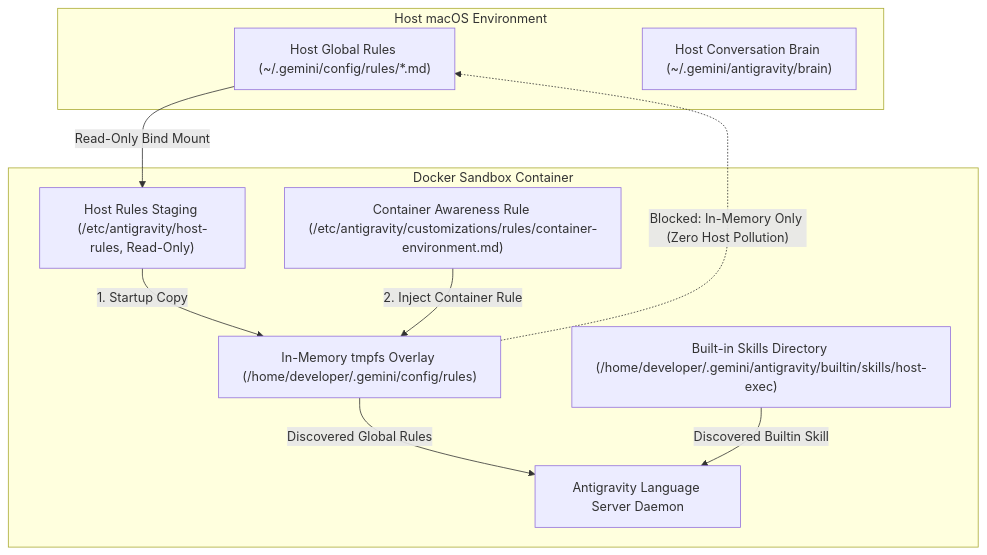
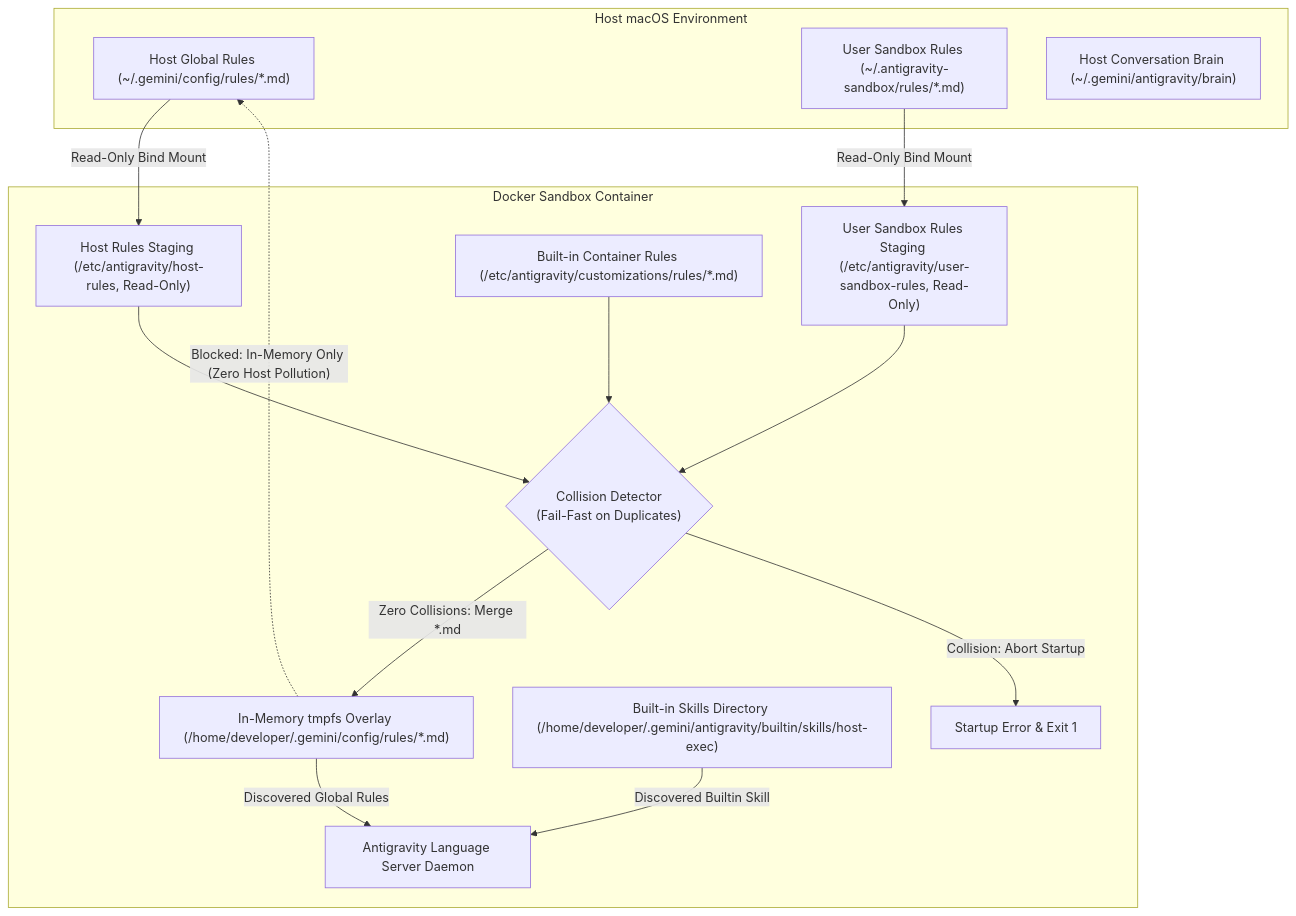
One commit to battery-staple/antigravity-container changed the fifth of 5 diagrams in design/antigravity_sandbox_architecture.md. Above: the diagram before and after it, drawn with Mermaid. The commit also changed other lines of this file and 4 other files, not shown here.

First line of the commit message:
Support host sandbox-specific global rules in ~/.antigravity-sandbox/rules

````diff
--- a/design/antigravity_sandbox_architecture.md
+++ b/design/antigravity_sandbox_architecture.md
@@ -290,23 +290,30 @@
 ```mermaid
 flowchart TB
     subgraph Host_Mac ["Host macOS Environment"]
         HR["Host Global Rules (~/.gemini/config/rules/*.md)"]
+        SR["User Sandbox Rules (~/.antigravity-sandbox/rules/*.md)"]
         HB["Host Conversation Brain (~/.gemini/antigravity/brain)"]
     end
 
     subgraph Container_NS ["Docker Sandbox Container"]
-        STAGE["Host Rules Staging (/etc/antigravity/host-rules, Read-Only)"]
-        CR["Container Awareness Rule (/etc/antigravity/customizations/rules/container-environment.md)"]
-        TMP["In-Memory tmpfs Overlay (/home/developer/.gemini/config/rules)"]
+        STAGE_H["Host Rules Staging (/etc/antigravity/host-rules, Read-Only)"]
+        STAGE_S["User Sandbox Rules Staging (/etc/antigravity/user-sandbox-rules, Read-Only)"]
+        BUILTIN_R["Built-in Container Rules (/etc/antigravity/customizations/rules/*.md)"]
+        VAL{"Collision Detector<br/>(Fail-Fast on Duplicates)"}
+        TMP["In-Memory tmpfs Overlay (/home/developer/.gemini/config/rules/*.md)"]
         BUILTIN_SKILLS["Built-in Skills Directory (/home/developer/.gemini/antigravity/builtin/skills/host-exec)"]
         LS["Antigravity Language Server Daemon"]
 
-        STAGE -->|"1. Startup Copy"| TMP
-        CR -->|"2. Inject Container Rule"| TMP
+        STAGE_H --> VAL
+        STAGE_S --> VAL
+        BUILTIN_R --> VAL
+        VAL -->|"Zero Collisions: Merge *.md"| TMP
+        VAL -->|"Collision: Abort Startup"| ERR["Startup Error & Exit 1"]
         TMP -->|"Discovered Global Rules"| LS
         BUILTIN_SKILLS -->|"Discovered Builtin Skill"| LS
     end
 
-    HR -->|"Read-Only Bind Mount"| STAGE
+    HR -->|"Read-Only Bind Mount"| STAGE_H
+    SR -->|"Read-Only Bind Mount"| STAGE_S
     TMP -.->|"Blocked: In-Memory Only (Zero Host Pollution)"| HR
 ```
````
